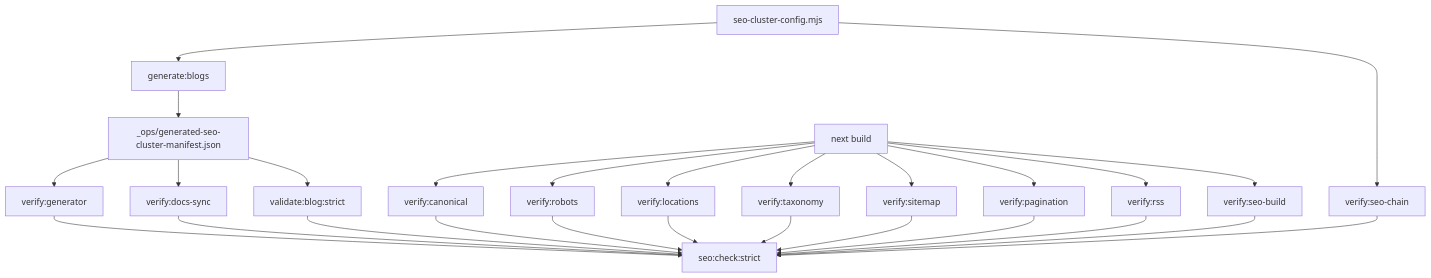
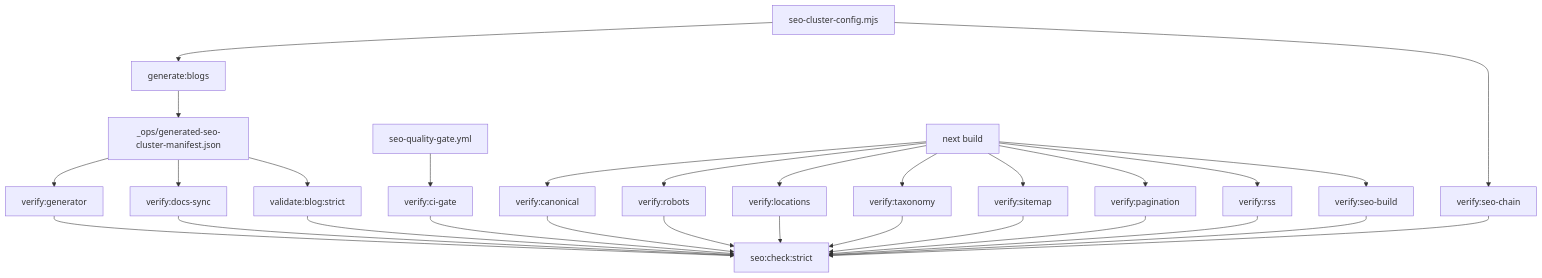
The diagram in scripts/MODULE_DOC.md (AmanVatsSharma/Gajanan-Maharaj-Sansthan), drawn with Mermaid before and after one commit. The commit also changed other lines of this file and 7 other files, not shown here.

````diff
--- a/scripts/MODULE_DOC.md
+++ b/scripts/MODULE_DOC.md
@@ -33,29 +34,31 @@
 ```mermaid
 flowchart TD
   cfg[seo-cluster-config.mjs] --> gen[generate:blogs]
   gen --> manifest[_ops/generated-seo-cluster-manifest.json]
   manifest --> verifyGen[verify:generator]
   cfg --> verifyChain[verify:seo-chain]
+  ci[seo-quality-gate.yml] --> verifyCI[verify:ci-gate]
   manifest --> verifyDocs[verify:docs-sync]
   manifest --> validate[validate:blog:strict]
   validate --> seoCheck[seo:check:strict]
   verifyChain --> seoCheck
+  verifyCI --> seoCheck
   verifyGen --> seoCheck
   verifyDocs --> seoCheck
   build[next build] --> verifyCanon[verify:canonical]
   build --> verifyRobots[verify:robots]
   build --> verifyLocations[verify:locations]
   build --> verifyTaxonomy[verify:taxonomy]
   build --> verifySitemap[verify:sitemap]
   build --> verifyPagination[verify:pagination]
   build --> verifyRss[verify:rss]
   build --> verifySeoBuild[verify:seo-build]
   verifyCanon --> seoCheck
   verifyRobots --> seoCheck
   verifyLocations --> seoCheck
   verifyTaxonomy --> seoCheck
   verifySitemap --> seoCheck
   verifyPagination --> seoCheck
   verifyRss --> seoCheck
   verifySeoBuild --> seoCheck
 ```
````
